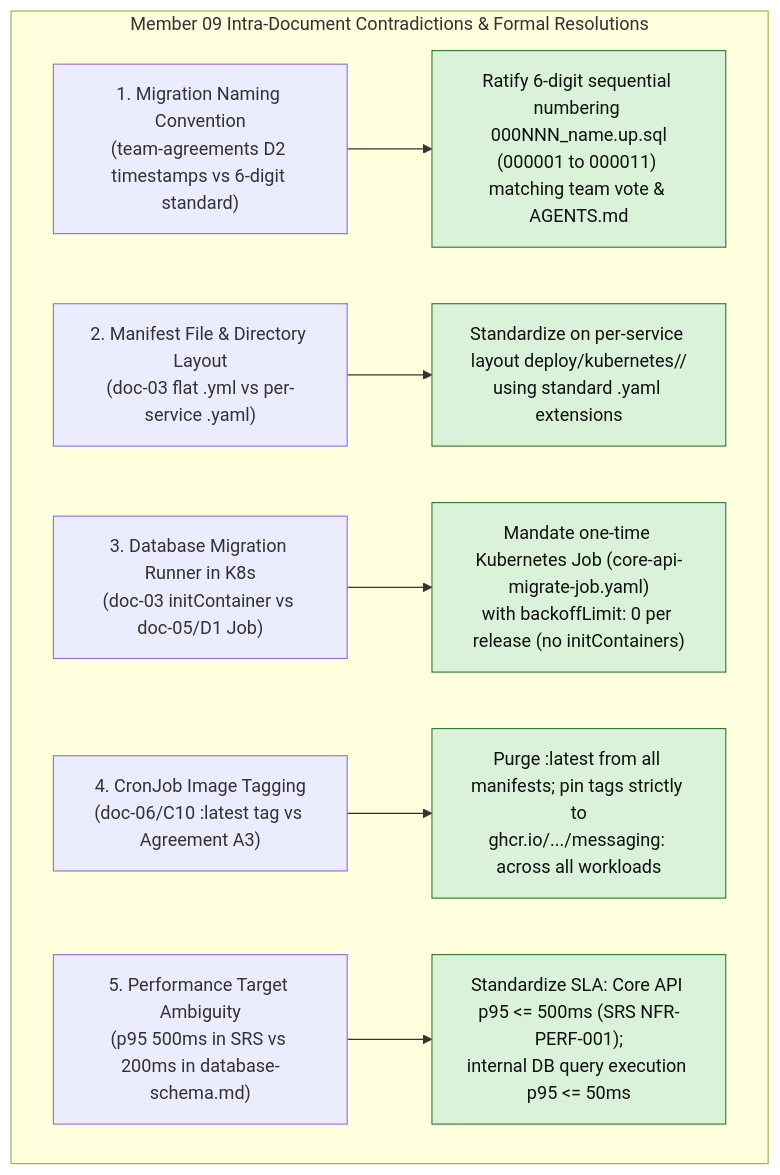
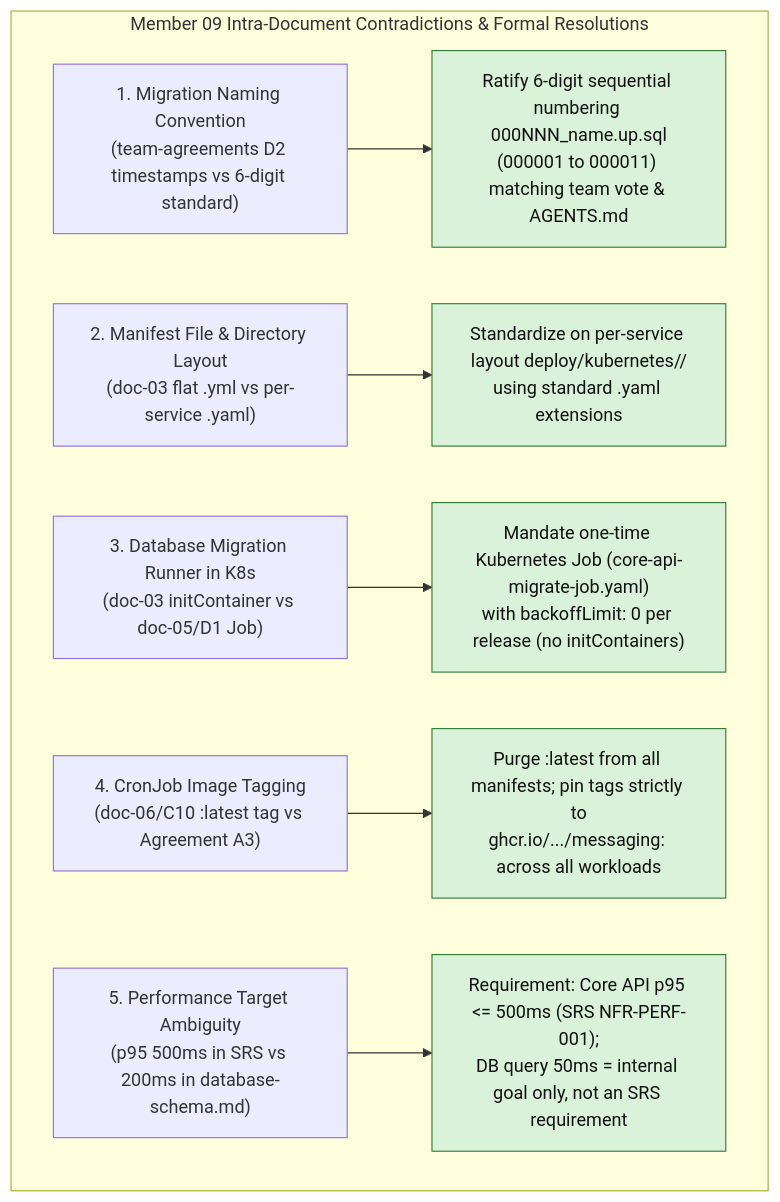
Before and after one commit to phantomTroupeEAD/SwiftDrop: the first of 3 diagrams in docs/drafts/member-09-devops-k8s/MEMBER_09_ALIGNMENT_AND_SPECIFICATION_GUIDE.md, drawn with Mermaid. The commit also changed other lines of this file and 16 other files, not shown here.

````diff
--- a/docs/drafts/member-09-devops-k8s/MEMBER_09_ALIGNMENT_AND_SPECIFICATION_GUIDE.md
+++ b/docs/drafts/member-09-devops-k8s/MEMBER_09_ALIGNMENT_AND_SPECIFICATION_GUIDE.md
@@ -71,15 +69,15 @@
 ```mermaid
 flowchart TD
     subgraph M9Contradictions ["Member 09 Intra-Document Contradictions & Formal Resolutions"]
         C1["1. Migration Naming Convention<br/>(team-agreements D2 timestamps vs 6-digit standard)"] --> R1["Ratify 6-digit sequential numbering 000NNN_name.up.sql<br/>(000001 to 000011) matching team vote & AGENTS.md"]
         C2["2. Manifest File & Directory Layout<br/>(doc-03 flat .yml vs per-service .yaml)"] --> R2["Standardize on per-service layout deploy/kubernetes/<service>/<br/>using standard .yaml extensions"]
         C3["3. Database Migration Runner in K8s<br/>(doc-03 initContainer vs doc-05/D1 Job)"] --> R3["Mandate one-time Kubernetes Job (core-api-migrate-job.yaml)<br/>with backoffLimit: 0 per release (no initContainers)"]
         C4["4. CronJob Image Tagging<br/>(doc-06/C10 :latest tag vs Agreement A3)"] --> R4["Purge :latest from all manifests; pin tags strictly to<br/>ghcr.io/.../messaging:<git-sha> across all workloads"]
-        C5["5. Performance Target Ambiguity<br/>(p95 500ms in SRS vs 200ms in database-schema.md)"] --> R5["Standardize SLA: Core API p95 <= 500ms (SRS NFR-PERF-001);<br/>internal DB query execution p95 <= 50ms"]
+        C5["5. Performance Target Ambiguity<br/>(p95 500ms in SRS vs 200ms in database-schema.md)"] --> R5["Requirement: Core API p95 <= 500ms (SRS NFR-PERF-001);<br/>DB query 50ms = internal goal only, not an SRS requirement"]
     end
     style R1 fill:#d9f2d9,stroke:#2e7d32,color:#111
     style R2 fill:#d9f2d9,stroke:#2e7d32,color:#111
     style R3 fill:#d9f2d9,stroke:#2e7d32,color:#111
     style R4 fill:#d9f2d9,stroke:#2e7d32,color:#111
     style R5 fill:#d9f2d9,stroke:#2e7d32,color:#111
 ```
````
